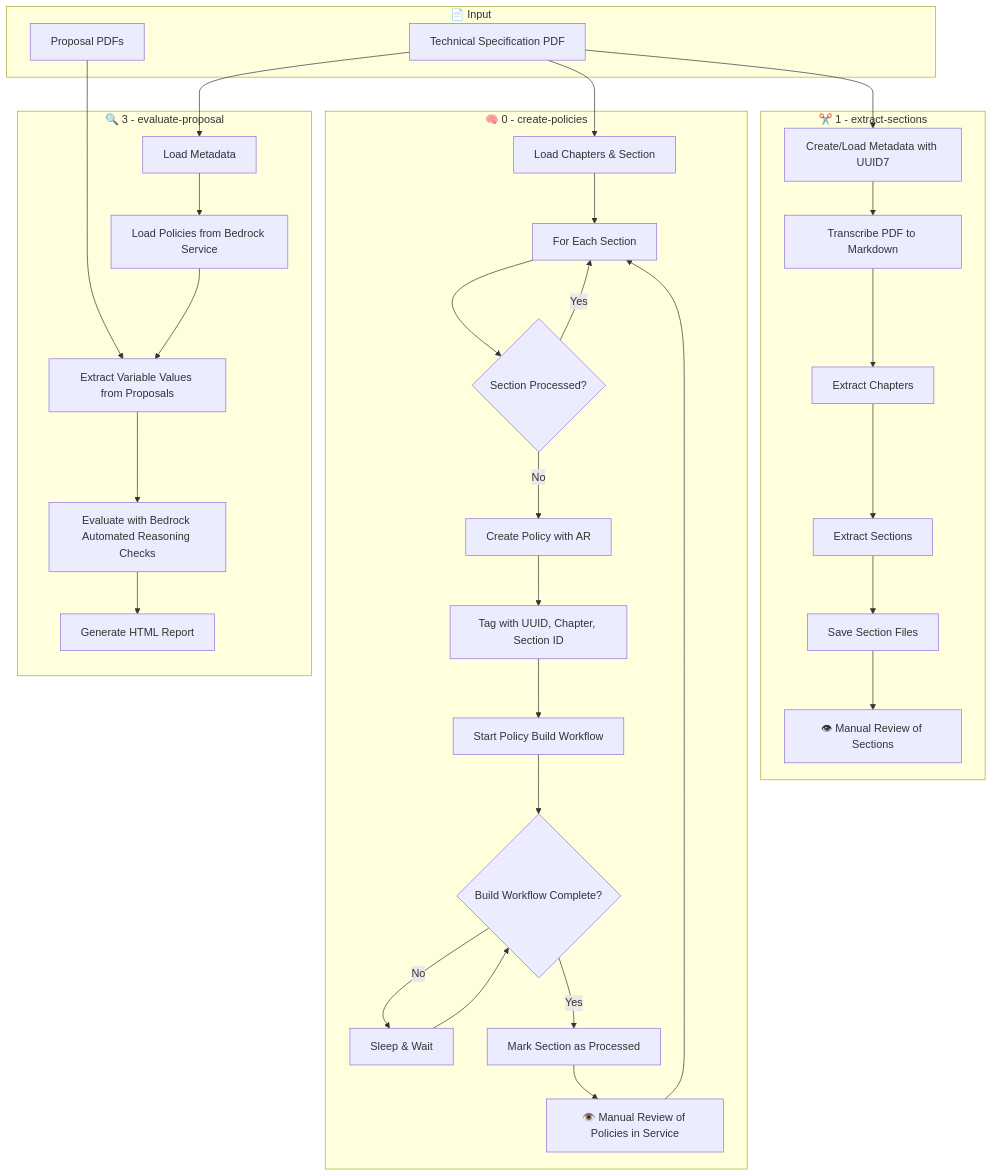
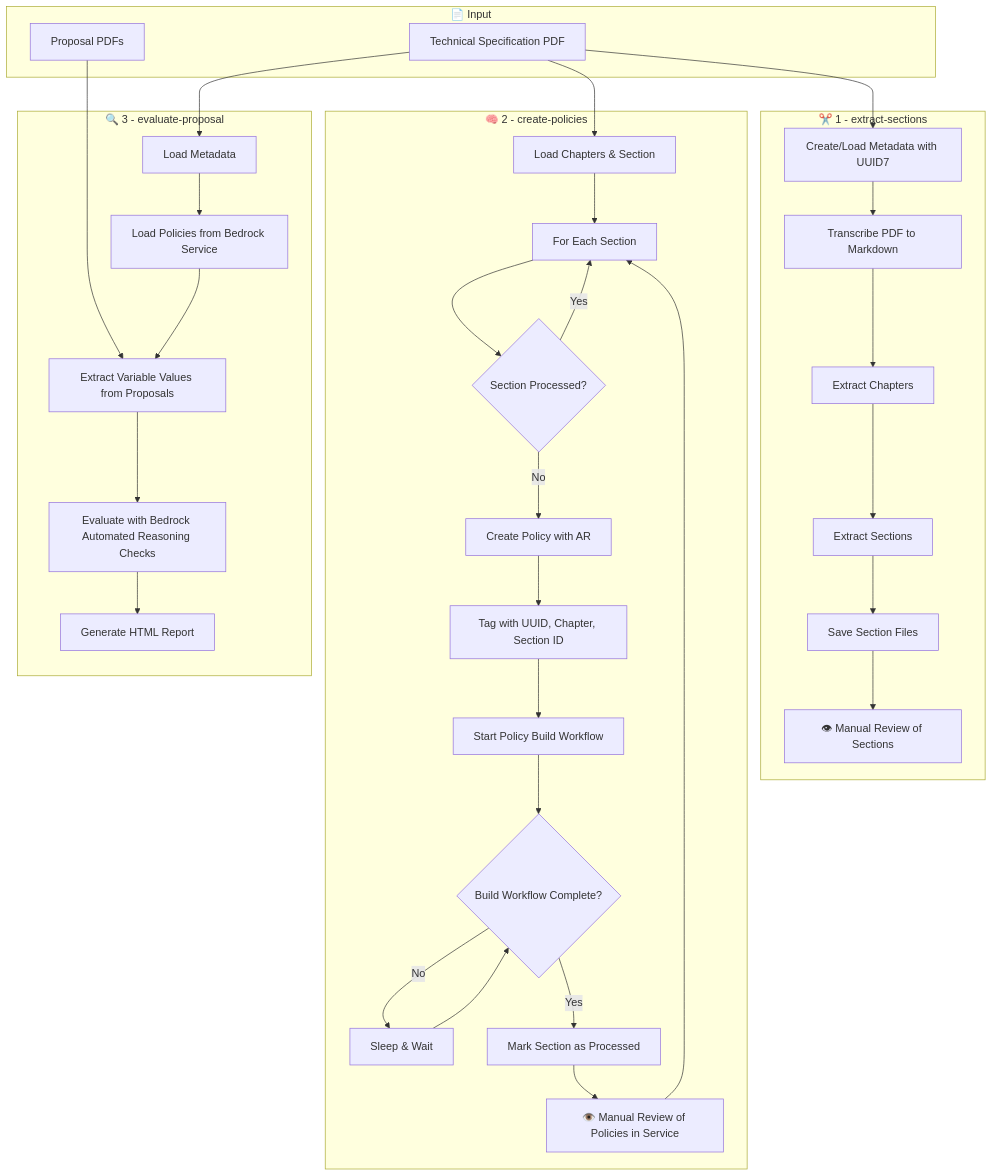
The diagram in README.md (aws-samples/sample-genai-assisted-design-reviews-with-arc), drawn with Mermaid before and after one commit.

Commit message:
Numbered the blocks in the README.md

````diff
--- a/README.md
+++ b/README.md
@@ -21,65 +21,65 @@
 ```mermaid
 flowchart TD
     subgraph Input["📄 Input"]
         spec[Technical Specification PDF]
         proposals[Proposal PDFs]
     end
     
     subgraph ExtractSections["✂️ 1 - extract-sections"]
         meta1[Create/Load Metadata with UUID7]
         transcribe[Transcribe PDF to Markdown]
         chapters[Extract Chapters]
         sections[Extract Sections]
         saveFiles[Save Section Files]
         reviewSections[👁 Manual Review of Sections]
     end
     
-    subgraph CreatePolicies["🧠 0 - create-policies"]
+    subgraph CreatePolicies["🧠 2 - create-policies"]
         meta2[Load Chapters & Section]
         forEachSection[For Each Section]
         checkSection{Section Processed?}
         createPolicy[Create Policy with AR]
         tagPolicy[Tag with UUID, Chapter, Section ID]
         startWorkflow[Start Policy Build Workflow]
         checkWorkflow{Build Workflow Complete?}
         sleepWait[Sleep & Wait]
         markSection[Mark Section as Processed]
         reviewPolicies[👁️ Manual Review of Policies in Service]
     end
     
     subgraph EvaluateProposal["🔍 3 - evaluate-proposal"]
         meta3[Load Metadata]
         loadPolicies[Load Policies from Bedrock Service]
         extractVars[Extract Variable Values from Proposals]
         evaluate[Evaluate with Bedrock Automated Reasoning Checks]
         generateReport[Generate HTML Report]
     end
     
     spec --> meta1
     meta1 --> transcribe
     transcribe --> chapters
     chapters --> sections
     sections --> saveFiles
     saveFiles --> reviewSections
     
     spec --> meta2
     meta2 --> forEachSection
     forEachSection --> checkSection
     checkSection -->|No| createPolicy
     checkSection -->|Yes| forEachSection
     createPolicy --> tagPolicy
     tagPolicy --> startWorkflow
     startWorkflow --> checkWorkflow
     checkWorkflow -->|No| sleepWait
     sleepWait --> checkWorkflow
     checkWorkflow -->|Yes| markSection
     markSection --> reviewPolicies
     reviewPolicies --> forEachSection
     
     spec --> meta3
     proposals --> extractVars
     meta3 --> loadPolicies
     loadPolicies --> extractVars
     extractVars --> evaluate
     evaluate --> generateReport
 ```
````
